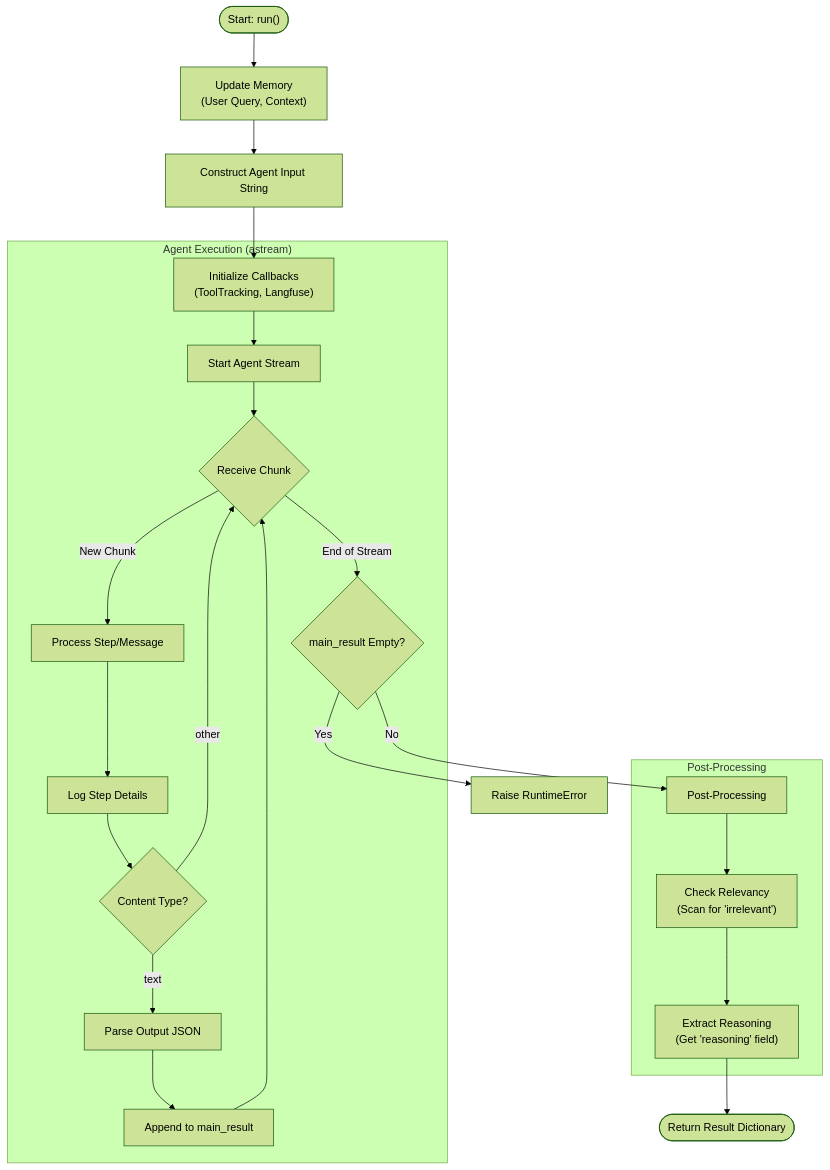
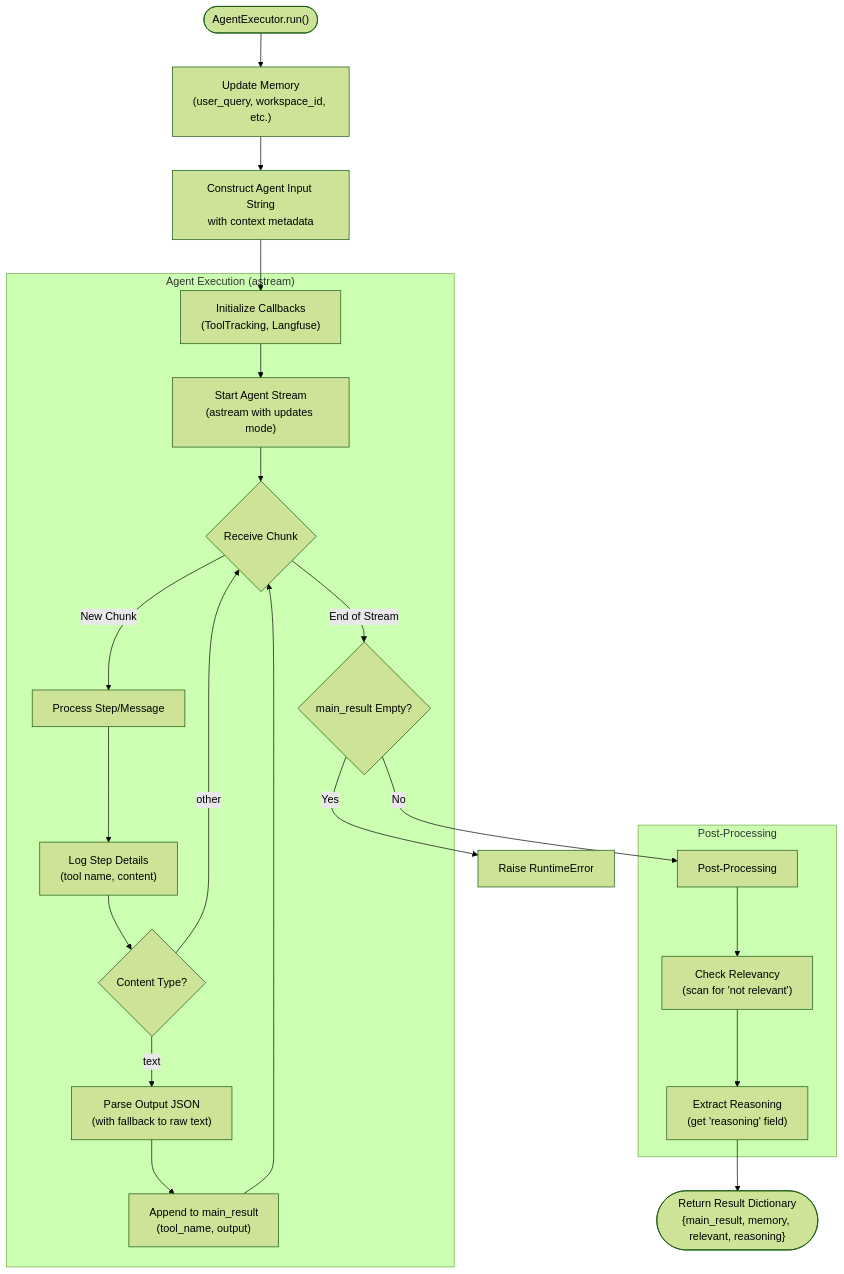
One commit to IS-OZ/temp changed the third of 3 diagrams in README.md. Above: the diagram before and after it, drawn with Mermaid (forest theme). The commit also changed other lines of this file, not shown here.

````diff
--- a/README.md
+++ b/README.md
@@ -27,32 +271,32 @@
 ```mermaid
 flowchart TD
-    Start(["Start: run()"]) --> UpdateMem["Update Memory\n(User Query, Context)"]
-    UpdateMem --> ConstructInput["Construct Agent Input String"]
+    Start(["AgentExecutor.run()"]) --> UpdateMem["Update Memory\n(user_query, workspace_id, etc.)"]
+    UpdateMem --> ConstructInput["Construct Agent Input String\nwith context metadata"]
     ConstructInput --> InitCallbacks["Initialize Callbacks\n(ToolTracking, Langfuse)"]
     
     subgraph AgentExecution ["Agent Execution (astream)"]
-        InitCallbacks --> StreamStart["Start Agent Stream"]
+        InitCallbacks --> StreamStart["Start Agent Stream\n(astream with updates mode)"]
         StreamStart --> ReceiveChunk{"Receive Chunk"}
         
         ReceiveChunk -- "New Chunk" --> ProcessStep["Process Step/Message"]
-        ProcessStep --> Log["Log Step Details"]
+        ProcessStep --> Log["Log Step Details\n(tool name, content)"]
         
         Log --> CheckType{"Content Type?"}
-        CheckType -- "text" --> ParseOutput["Parse Output JSON"]
-        ParseOutput --> AppendResult["Append to main_result"]
+        CheckType -- "text" --> ParseOutput["Parse Output JSON\n(with fallback to raw text)"]
+        ParseOutput --> AppendResult["Append to main_result\n(tool_name, output)"]
         CheckType -- "other" --> ReceiveChunk
         AppendResult --> ReceiveChunk
         
         ReceiveChunk -- "End of Stream" --> CheckEmpty{"main_result Empty?"}
     end
     
     CheckEmpty -- "Yes" --> Error["Raise RuntimeError"]
     CheckEmpty -- "No" --> PostProcess["Post-Processing"]
     
     subgraph PostProcessGroup ["Post-Processing"]
-        PostProcess --> CheckRel["Check Relevancy\n(Scan for 'irrelevant')"]
-        CheckRel --> GetReasoning["Extract Reasoning\n(Get 'reasoning' field)"]
+        PostProcess --> CheckRel["Check Relevancy\n(scan for 'not relevant')"]
+        CheckRel --> GetReasoning["Extract Reasoning\n(get 'reasoning' field)"]
     end
     
-    GetReasoning --> Return(["Return Result Dictionary"])
+    GetReasoning --> Return(["Return Result Dictionary\n{main_result, memory, relevant, reasoning}"])
 ```
````
